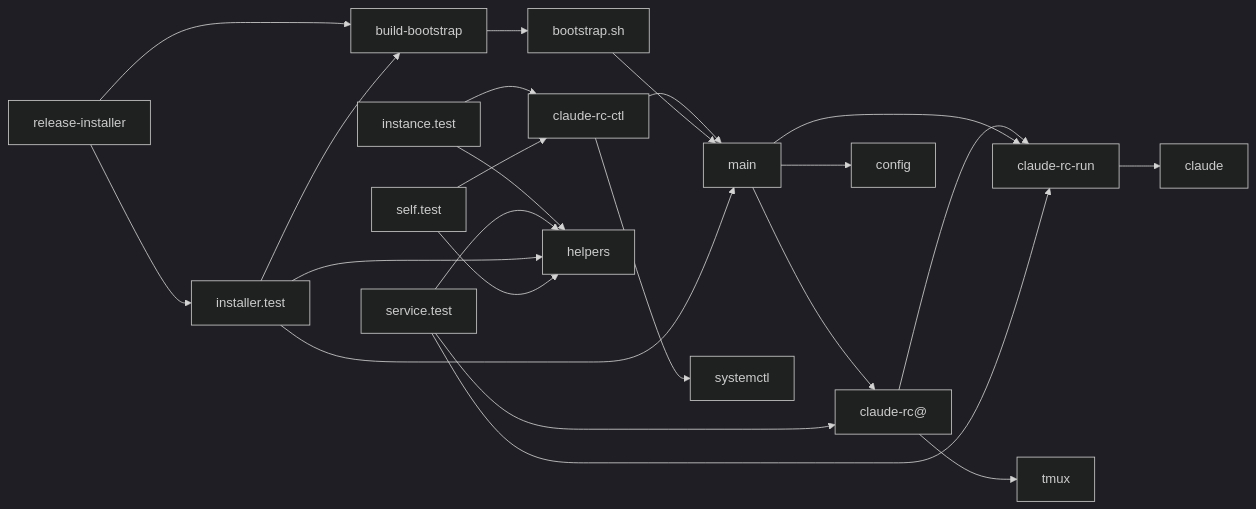
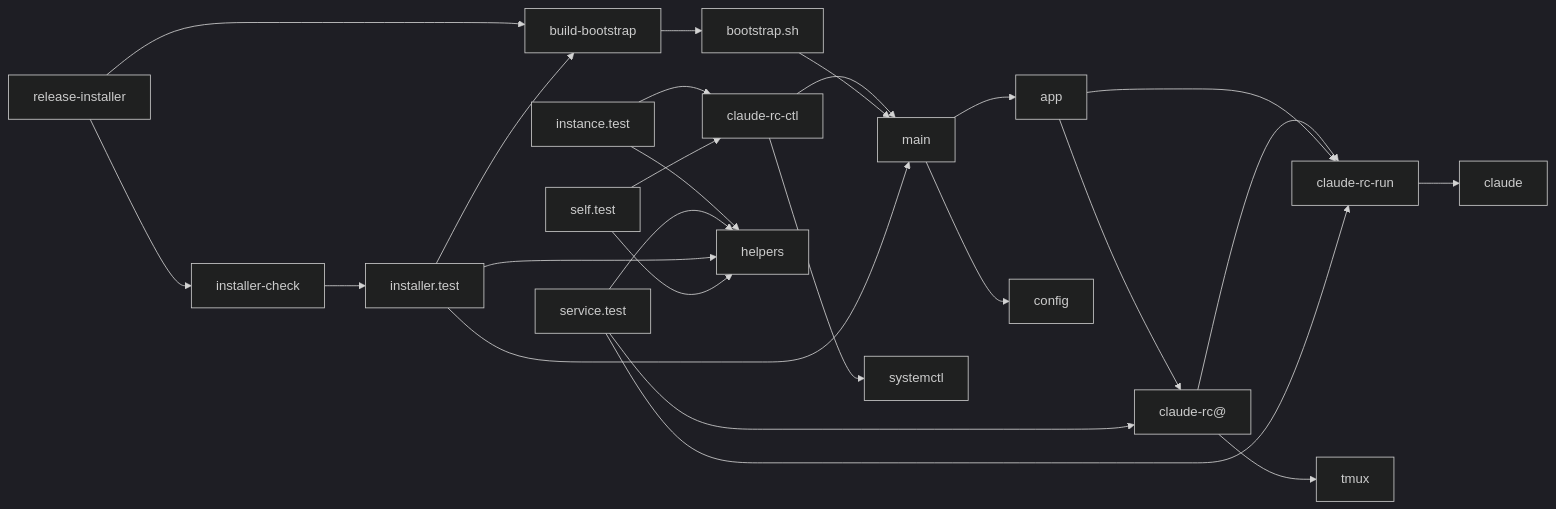
One commit to nekono-dev/claude-rc-ctl changed the first of 3 diagrams in specs/claude-rc-ctl/design.md. Above: the diagram before and after it, drawn with Mermaid (dark theme). The commit also changed other lines of this file and 15 other files, not shown here.

````diff
--- a/specs/claude-rc-ctl/design.md
+++ b/specs/claude-rc-ctl/design.md
@@ -25,25 +27,27 @@
 ```mermaid
 flowchart LR
   ctl["claude-rc-ctl"] --> main["main"]
   ctl --> ext_systemctl["systemctl"]
   unit["claude-rc@"] --> run["claude-rc-run"]
   unit --> ext_tmux["tmux"]
   run --> ext_claude["claude"]
-  main --> unit
-  main --> run
+  main --> app["app"]
   main --> config["config"]
+  app --> unit
+  app --> run
   boot["bootstrap.sh"] --> main
   build["build-bootstrap"] --> boot
   ci["release-installer"] --> build
-  ci --> t_installer["installer.test"]
+  ci --> check["installer-check"]
+  check --> t_installer["installer.test"]
   t_instance["instance.test"] --> ctl
   t_instance --> helpers["helpers"]
   t_service["service.test"] --> run
   t_service --> unit
   t_service --> helpers
   t_installer --> main
   t_installer --> build
   t_installer --> helpers
   t_self["self.test"] --> ctl
   t_self --> helpers
 ```
````
